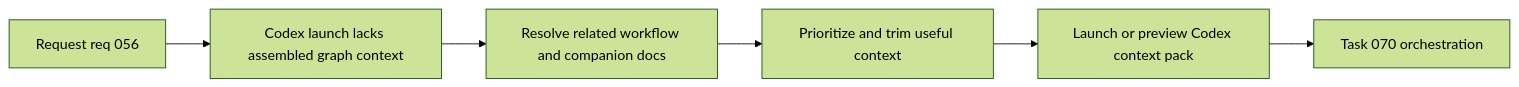
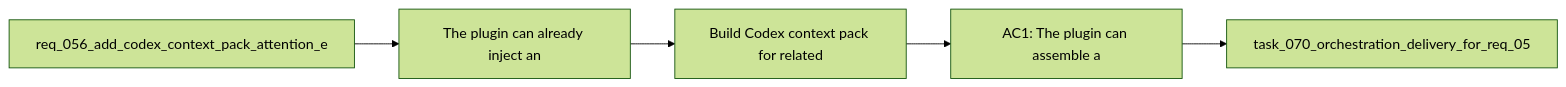
One commit to AlexAgo83/logics-manager changed the diagram in logics/backlog/item_065_build_codex_context_pack_for_related_logics_docs.md. Above: the diagram before and after it, drawn with Mermaid (forest theme). The commit also changed 481 other files, not shown here.

Commit message:
Normalize Logics docs and workflow indicators

````diff
--- a/logics/backlog/item_065_build_codex_context_pack_for_related_logics_docs.md
+++ b/logics/backlog/item_065_build_codex_context_pack_for_related_logics_docs.md
@@ -33,9 +33,9 @@
 ```mermaid
+%% logics-kind: backlog
 %% logics-signature: backlog|build-codex-context-pack-for-related-log|req-056-add-codex-context-pack-attention|the-plugin-can-already-inject-an|ac1-the-plugin-can-assemble-a
 flowchart LR
-    Request[Request req 056] --> Problem[Codex launch lacks assembled graph context]
-    Problem --> Resolver[Resolve related workflow and companion docs]
-    Resolver --> Trim[Prioritize and trim useful context]
-    Trim --> Launch[Launch or preview Codex context pack]
-    Launch --> Task[Task 070 orchestration]
+    Request[req_056_add_codex_context_pack_attention_e] --> Problem[The plugin can already inject an]
+    Problem --> Scope[Build Codex context pack for related]
+    Scope --> Acceptance[AC1: The plugin can assemble a]
+    Acceptance --> Tasks[task_070_orchestration_delivery_for_req_05]
 ```
````
